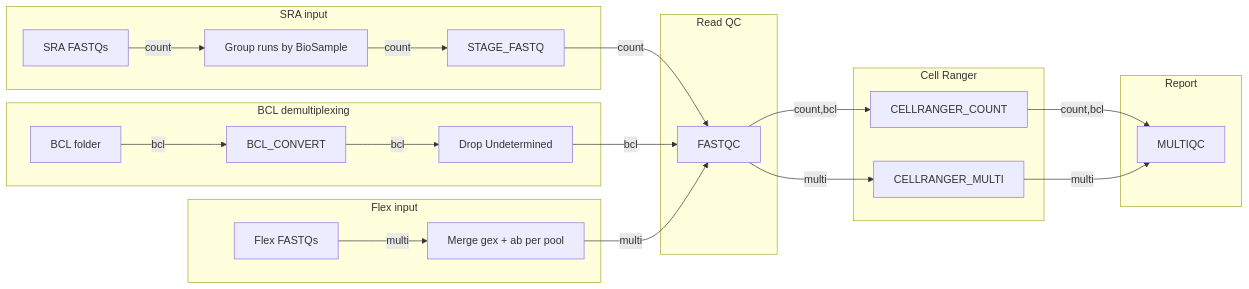
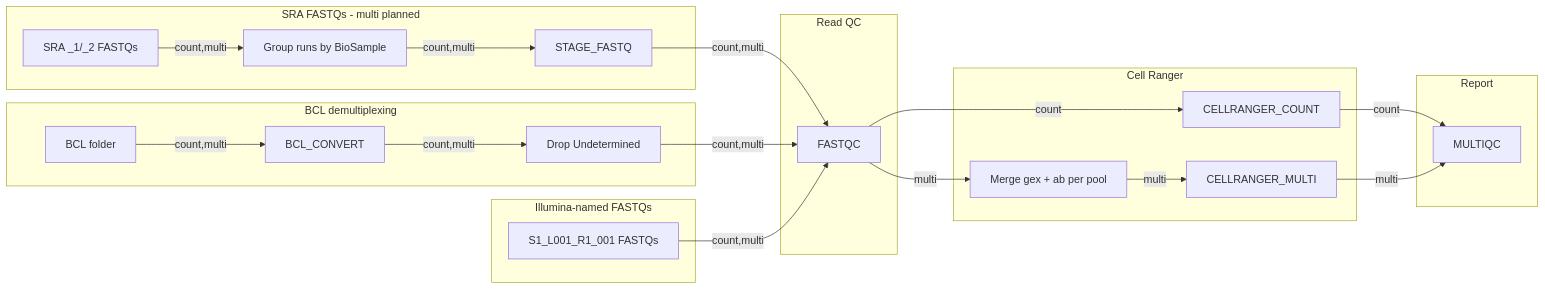
Before and after one commit to mkongamawe/hiv_project: the diagram in src/masters_project/nextflow/assets/metro_map.mmd, drawn with Mermaid. The commit also changed 2 other files, not shown here.

Commit message:
Edited the pipeline metro chart.

```diff
--- a/src/masters_project/nextflow/assets/metro_map.mmd
+++ b/src/masters_project/nextflow/assets/metro_map.mmd
@@ -1,51 +1,50 @@
 %%metro title: scRNA-seq Cell Ranger pipeline
-%%metro line: count | Count: SRA FASTQs | #2E7D32
-%%metro line: bcl | BCL run folder | #EF6C00
-%%metro line: multi | Multi: Flex v2 FASTQs | #1565C0
+%%metro line: count | --mode count (3'/5' GEX) | #2E7D32
+%%metro line: multi | --mode multi (Flex) | #1565C0
 %%metro legend: bl
 
 graph LR
-    subgraph sra_in [SRA input]
-        sra[SRA FASTQs]
+    subgraph sra_in [SRA FASTQs - multi planned]
+        sra[SRA _1/_2 FASTQs]
         group[Group runs by BioSample]
         stage[STAGE_FASTQ]
-        sra -->|count| group
-        group -->|count| stage
+        sra -->|count,multi| group
+        group -->|count,multi| stage
     end
 
     subgraph demux [BCL demultiplexing]
         bcl[BCL folder]
         bclconv[BCL_CONVERT]
         undet[Drop Undetermined]
-        bcl -->|bcl| bclconv
-        bclconv -->|bcl| undet
+        bcl -->|count,multi| bclconv
+        bclconv -->|count,multi| undet
     end
 
-    subgraph flex_in [Flex input]
-        flex[Flex FASTQs]
-        merge[Merge gex + ab per pool]
-        flex -->|multi| merge
+    subgraph fastq_in [Illumina-named FASTQs]
+        fq[S1_L001_R1_001 FASTQs]
     end
 
     subgraph raw_qc [Read QC]
         fastqc[FASTQC]
     end
 
     subgraph align [Cell Ranger]
         crcount[CELLRANGER_COUNT]
+        merge[Merge gex + ab per pool]
         crmulti[CELLRANGER_MULTI]
+        merge -->|multi| crmulti
     end
 
     subgraph report [Report]
         multiqc[MULTIQC]
     end
 
-    stage -->|count| fastqc
-    undet -->|bcl| fastqc
-    merge -->|multi| fastqc
+    stage -->|count,multi| fastqc
+    undet -->|count,multi| fastqc
+    fq -->|count,multi| fastqc
 
-    fastqc -->|count,bcl| crcount
-    fastqc -->|multi| crmulti
+    fastqc -->|count| crcount
+    fastqc -->|multi| merge
 
-    crcount -->|count,bcl| multiqc
+    crcount -->|count| multiqc
     crmulti -->|multi| multiqc
```
